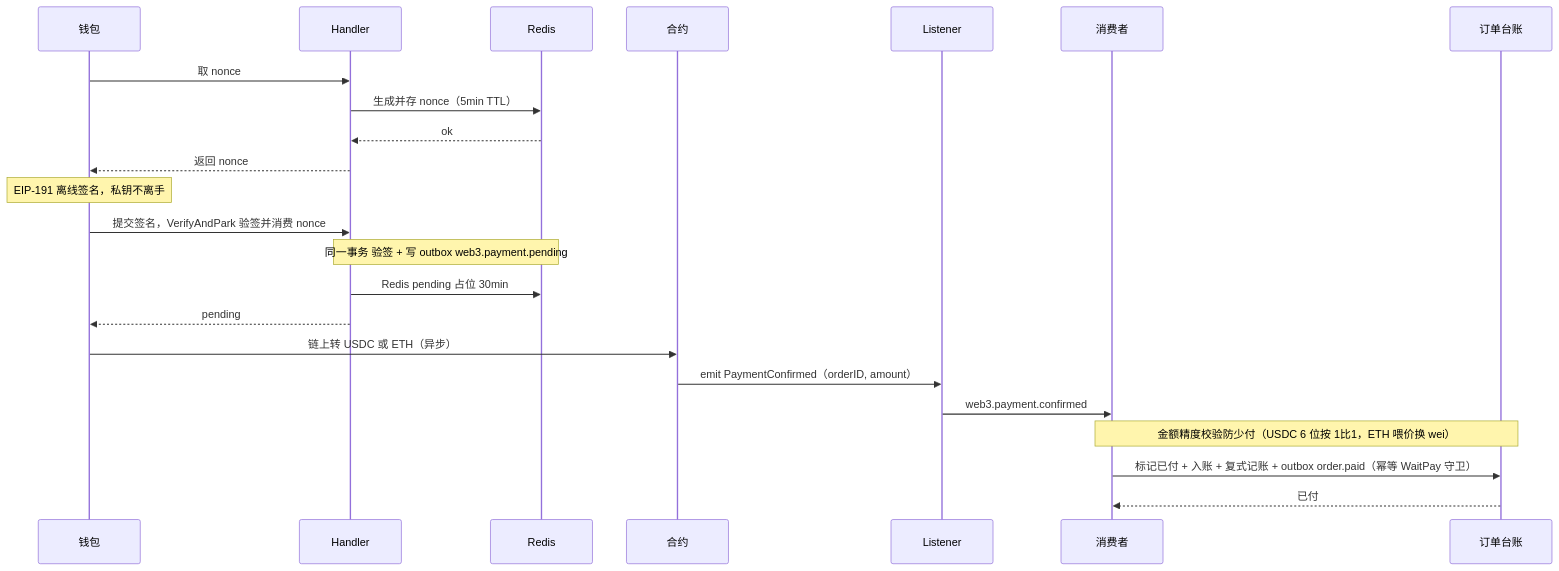
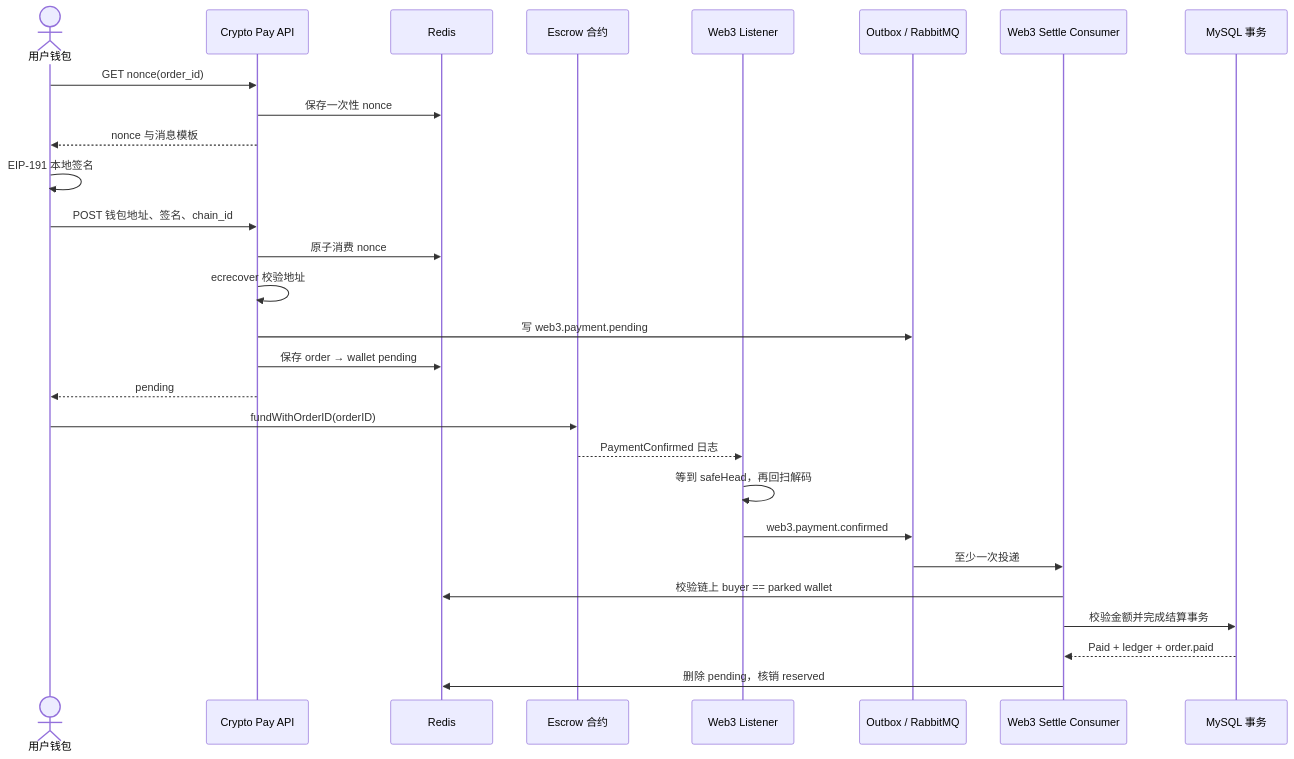
One commit to RedInn7/gomall changed the diagram in docs/lecture/06-payment-web3.md. Above: the diagram before and after it, drawn with Mermaid. The commit also changed other lines of this file and 2 other files, not shown here.

````diff
--- a/docs/lecture/06-payment-web3.md
+++ b/docs/lecture/06-payment-web3.md
@@ -248,26 +131,31 @@
 ```mermaid
 sequenceDiagram
-    participant 钱包
-    participant Handler
-    participant Redis
-    participant 合约
-    participant Listener
-    participant 消费者
-    participant 订单台账
+    actor User as 用户钱包
+    participant API as Crypto Pay API
+    participant Redis as Redis
+    participant Chain as Escrow 合约
+    participant Listener as Web3 Listener
+    participant Outbox as Outbox / RabbitMQ
+    participant Settle as Web3 Settle Consumer
+    participant DB as MySQL 事务
 
-    钱包->>Handler: 取 nonce
-    Handler->>Redis: 生成并存 nonce（5min TTL）
-    Redis-->>Handler: ok
-    Handler-->>钱包: 返回 nonce
-    Note over 钱包: EIP-191 离线签名，私钥不离手
-    钱包->>Handler: 提交签名，VerifyAndPark 验签并消费 nonce
-    Note over Handler,Redis: 同一事务 验签 + 写 outbox web3.payment.pending
-    Handler->>Redis: Redis pending 占位 30min
-    Handler-->>钱包: pending
-    钱包->>合约: 链上转 USDC 或 ETH（异步）
-    合约->>Listener: emit PaymentConfirmed（orderID, amount）
-    Listener->>消费者: web3.payment.confirmed
-    Note over 消费者,订单台账: 金额精度校验防少付（USDC 6 位按 1比1，ETH 喂价换 wei）
-    消费者->>订单台账: 标记已付 + 入账 + 复式记账 + outbox order.paid（幂等 WaitPay 守卫）
-    订单台账-->>消费者: 已付
+    User->>API: GET nonce(order_id)
+    API->>Redis: 保存一次性 nonce
+    API-->>User: nonce 与消息模板
+    User->>User: EIP-191 本地签名
+    User->>API: POST 钱包地址、签名、chain_id
+    API->>Redis: 原子消费 nonce
+    API->>API: ecrecover 校验地址
+    API->>Outbox: 写 web3.payment.pending
+    API->>Redis: 保存 order → wallet pending
+    API-->>User: pending
+    User->>Chain: fundWithOrderID(orderID)
+    Chain-->>Listener: PaymentConfirmed 日志
+    Listener->>Listener: 等到 safeHead，再回扫解码
+    Listener->>Outbox: web3.payment.confirmed
+    Outbox->>Settle: 至少一次投递
+    Settle->>Redis: 校验链上 buyer == parked wallet
+    Settle->>DB: 校验金额并完成结算事务
+    DB-->>Settle: Paid + ledger + order.paid
+    Settle->>Redis: 删除 pending，核销 reserved
 ```
````
